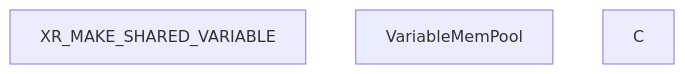
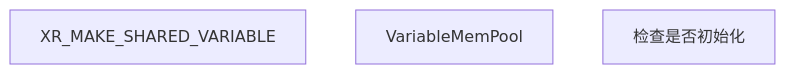
The diagram in all/未命名-5.md (huzixuan1/iodraw-files), drawn with Mermaid before and after one commit.

Commit message:
2025-05-21 16:49:18 update

````diff
--- a/all/未命名-5.md
+++ b/all/未命名-5.md
@@ -1,6 +1,7 @@
 ```mermaid
 graph TD
     A[XR_MAKE_SHARED_VARIABLE]
     B[VariableMemPool]
-    C
+    C[检查是否初始化]
+    
 ```
````
